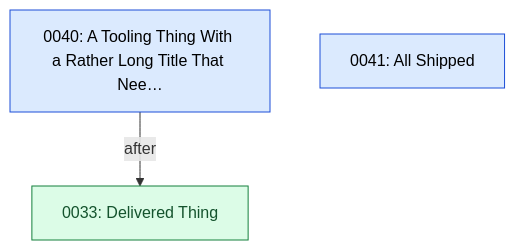
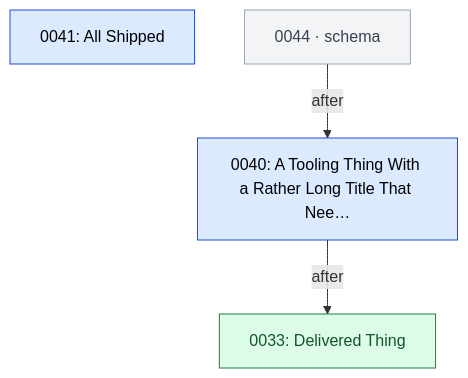
The fifth of 6 diagrams in tools/enh/internal/index/testdata/tree.want/GRAPH.md (open-platform-model/enhancements), drawn with Mermaid before and after one commit. The commit also changed other lines of this file and 8 other files, not shown here.

First line of the commit message:
feat: list the old-layout live entries in INDEX and GRAPH until M4

````diff
--- a/tools/enh/internal/index/testdata/tree.want/GRAPH.md
+++ b/tools/enh/internal/index/testdata/tree.want/GRAPH.md
@@ -113,17 +120,19 @@
 ```mermaid
 graph TD
   classDef draft       fill:#fef3c7,stroke:#b45309,color:#000
   classDef accepted    fill:#dbeafe,stroke:#1d4ed8,color:#000
   classDef rejected    fill:#fee2e2,stroke:#b91c1c,color:#7f1d1d,stroke-dasharray:4 2
   classDef withdrawn   fill:#fef2f2,stroke:#b91c1c,color:#7f1d1d,stroke-dasharray:1 3
   classDef superseded  fill:#e5e7eb,stroke:#6b7280,color:#6b7280
   classDef delivered   fill:#dcfce7,stroke:#15803d,color:#14532d
   classDef stub        fill:#f3f4f6,stroke:#9ca3af,color:#374151
   classDef category    fill:#ede9fe,stroke:#6d28d9,color:#000
 
   N0033["0033: Delivered Thing"]:::delivered
   N0040["0040: A Tooling Thing With a Rather Long Title That Nee…"]:::accepted
   N0041["0041: All Shipped"]:::accepted
+  N0044["0044 · schema"]:::stub
 
   N0040 -->|after| N0033
+  N0044 -->|after| N0040
 ```
````
